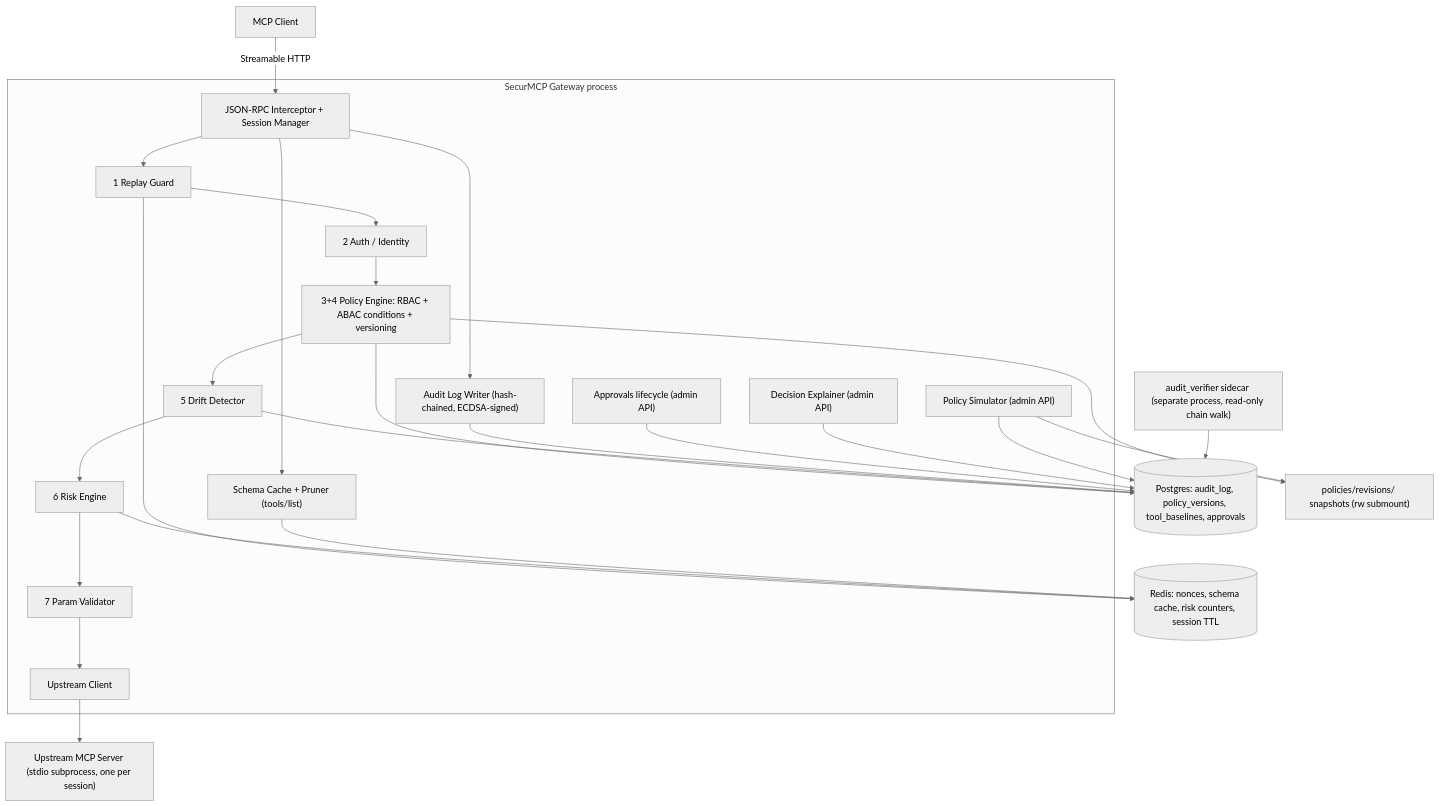
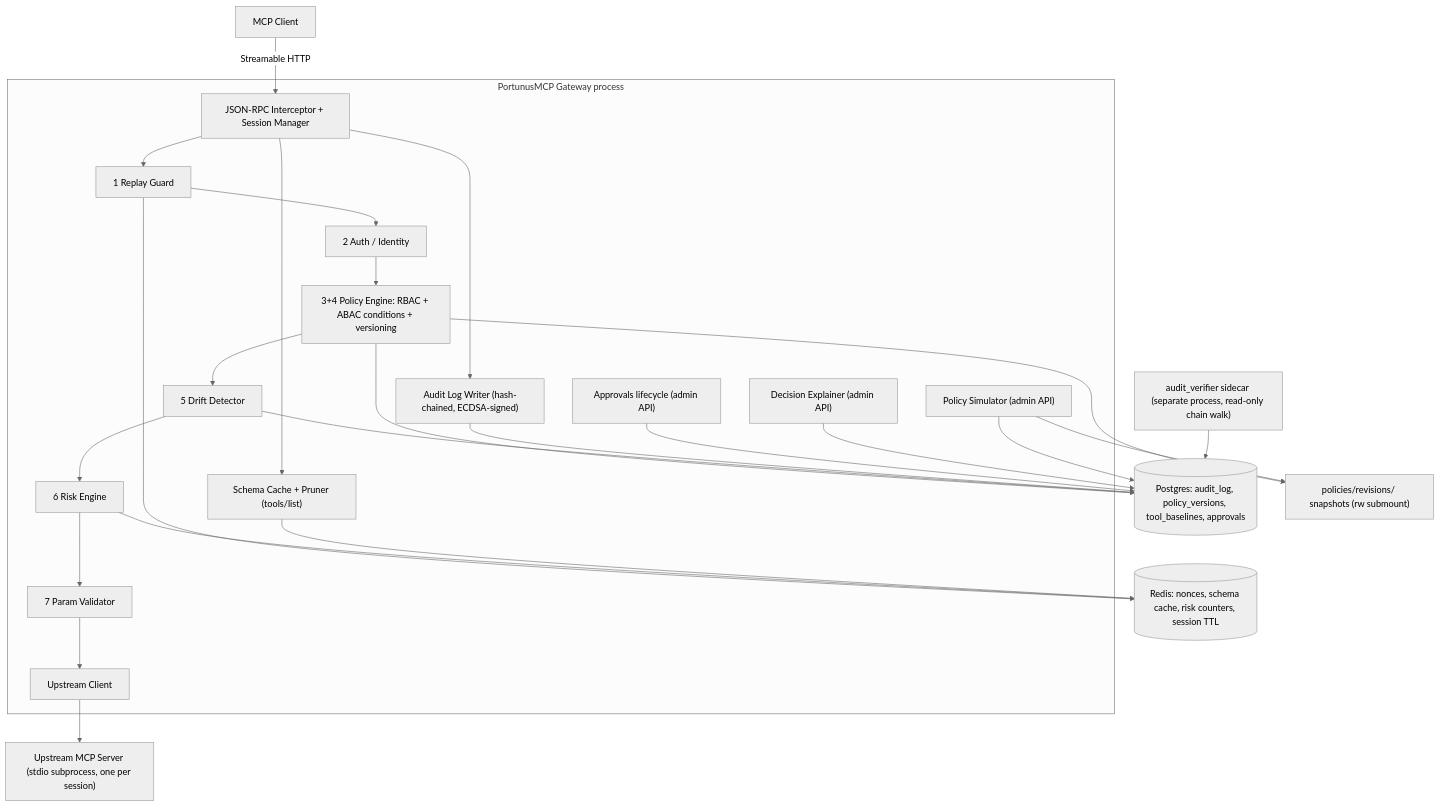
One commit to BashaarJavaid/SecureMCP changed the diagram in README.md. Above: the diagram before and after it, drawn with Mermaid (neutral theme). The commit also changed other lines of this file and 50 other files, not shown here.

First line of the commit message:
Rename project SecurMCP -> PortunusMCP

````diff
--- a/README.md
+++ b/README.md
@@ -36,37 +36,37 @@
 ```mermaid
 graph TD
     Client["MCP Client"] -->|"Streamable HTTP"| Interceptor
 
-    subgraph Gateway["SecurMCP Gateway process"]
+    subgraph Gateway["PortunusMCP Gateway process"]
         Interceptor["JSON-RPC Interceptor + Session Manager"]
         Interceptor --> Replay["1 Replay Guard"]
         Replay --> Auth["2 Auth / Identity"]
         Auth --> Policy["3+4 Policy Engine: RBAC + ABAC conditions + versioning"]
         Policy --> Drift["5 Drift Detector"]
         Drift --> Risk["6 Risk Engine"]
         Risk --> Validator["7 Param Validator"]
         Validator --> UpClient["Upstream Client"]
         Interceptor --> SchemaCache["Schema Cache + Pruner (tools/list)"]
         Interceptor --> AuditW["Audit Log Writer (hash-chained, ECDSA-signed)"]
         Approvals["Approvals lifecycle (admin API)"]
         Explainer["Decision Explainer (admin API)"]
         Simulator["Policy Simulator (admin API)"]
     end
 
     UpClient --> Srv["Upstream MCP Server (stdio subprocess, one per session)"]
 
     Replay --> Redis[("Redis: nonces, schema cache, risk counters, session TTL")]
     Risk --> Redis
     SchemaCache --> Redis
 
     Policy --> PG[("Postgres: audit_log, policy_versions, tool_baselines, approvals")]
     Drift --> PG
     AuditW --> PG
     Approvals --> PG
     Explainer --> PG
     Simulator --> PG
     Policy --> Rev["policies/revisions/ snapshots (rw submount)"]
     Simulator --> Rev
 
     Verifier["audit_verifier sidecar (separate process, read-only chain walk)"] --> PG
 ```
````
